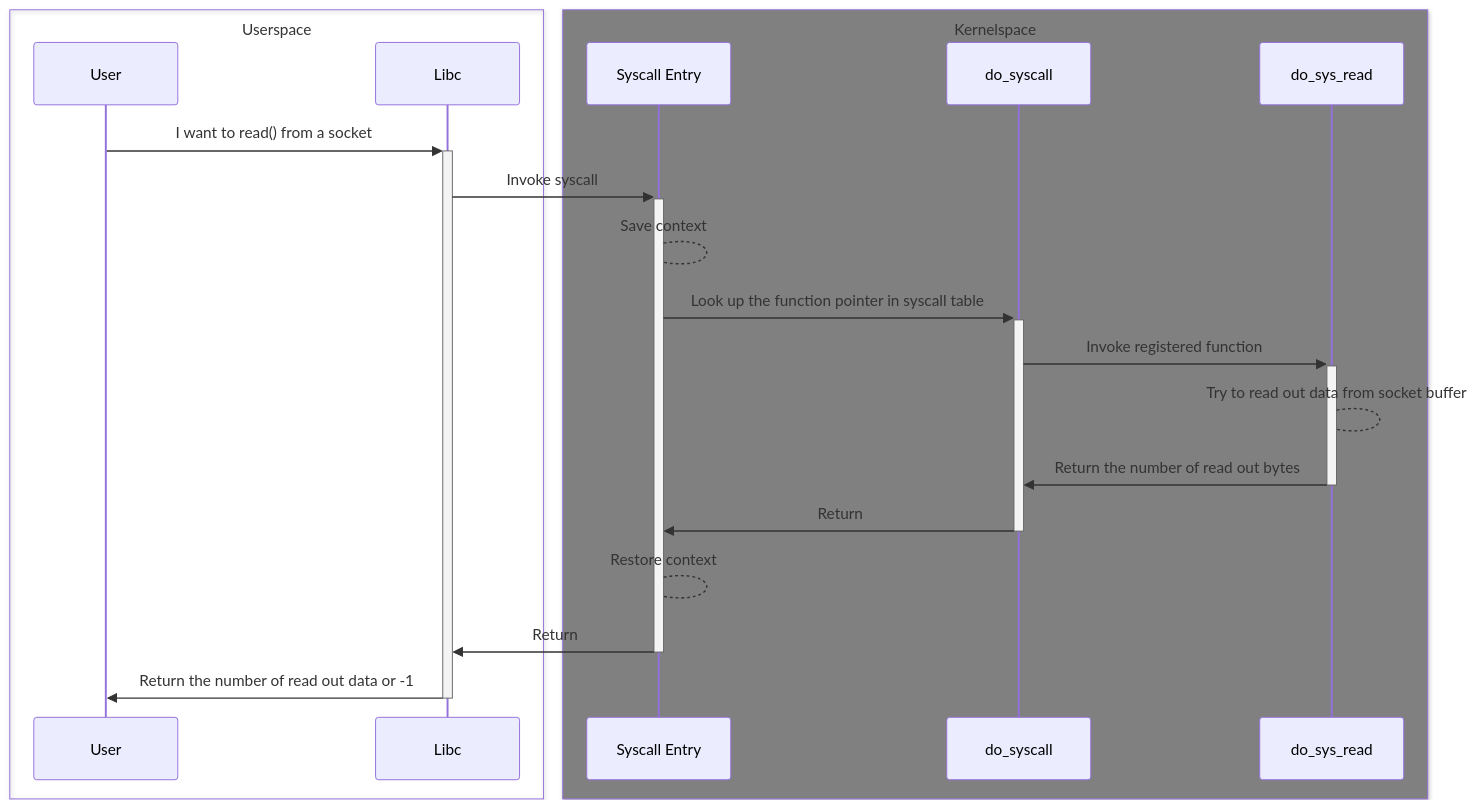
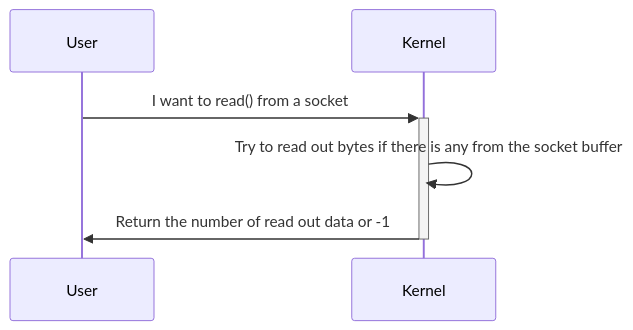
The diagram in _posts/2024-03-09-linux-syscall-101.md (yihan1998/yihan1998.github.io), drawn with Mermaid before and after one commit. The commit also changed 5 other files, not shown here.

````diff
--- a/_posts/2024-03-09-linux-syscall-101.md
+++ b/_posts/2024-03-09-linux-syscall-101.md
@@ -37,23 +37,9 @@
 ```mermaid
 sequenceDiagram
-    box Userspace
     participant User
-    participant Libc
-    end
-    box grey Kernelspace
-    participant Syscall Entry
-    participant do_syscall
-    participant do_sys_read
-    end
-    User->>+Libc: I want to read() from a socket
-    Libc->>+Syscall Entry: Invoke syscall #1
-    Syscall Entry-->Syscall Entry: Save context
-    Syscall Entry->>+do_syscall: Look up the function pointer in syscall table
-    do_syscall->>+do_sys_read: Invoke registered function
-    do_sys_read-->do_sys_read: Try to read out data from socket buffer
-    do_sys_read->>-do_syscall: Return the number of read out bytes
-    do_syscall->>-Syscall Entry: Return
-    Syscall Entry-->Syscall Entry: Restore context
-    Syscall Entry->>-Libc: Return
-    Libc->>-User: Return the number of read out data or -1
+    participant Kernel
+
+    User->>+Kernel: I want to read() from a socket
+    Kernel->>Kernel: Try to read out bytes if there is any from the socket buffer
+    Kernel->>-User: Return the number of read out data or -1
 ```
````
